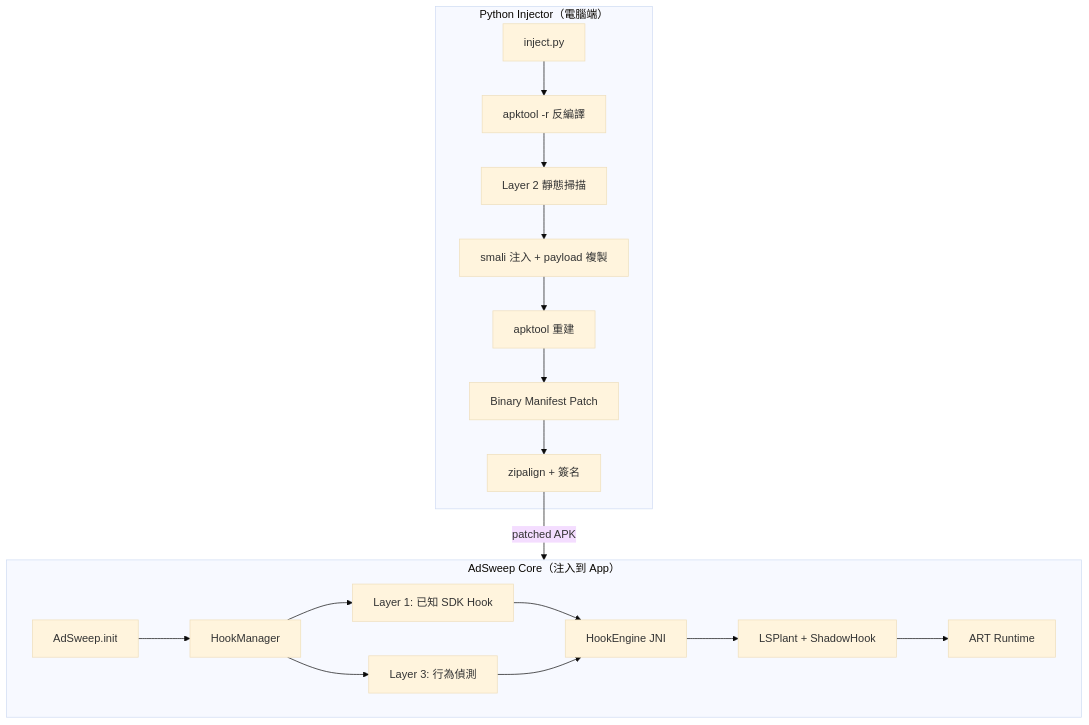
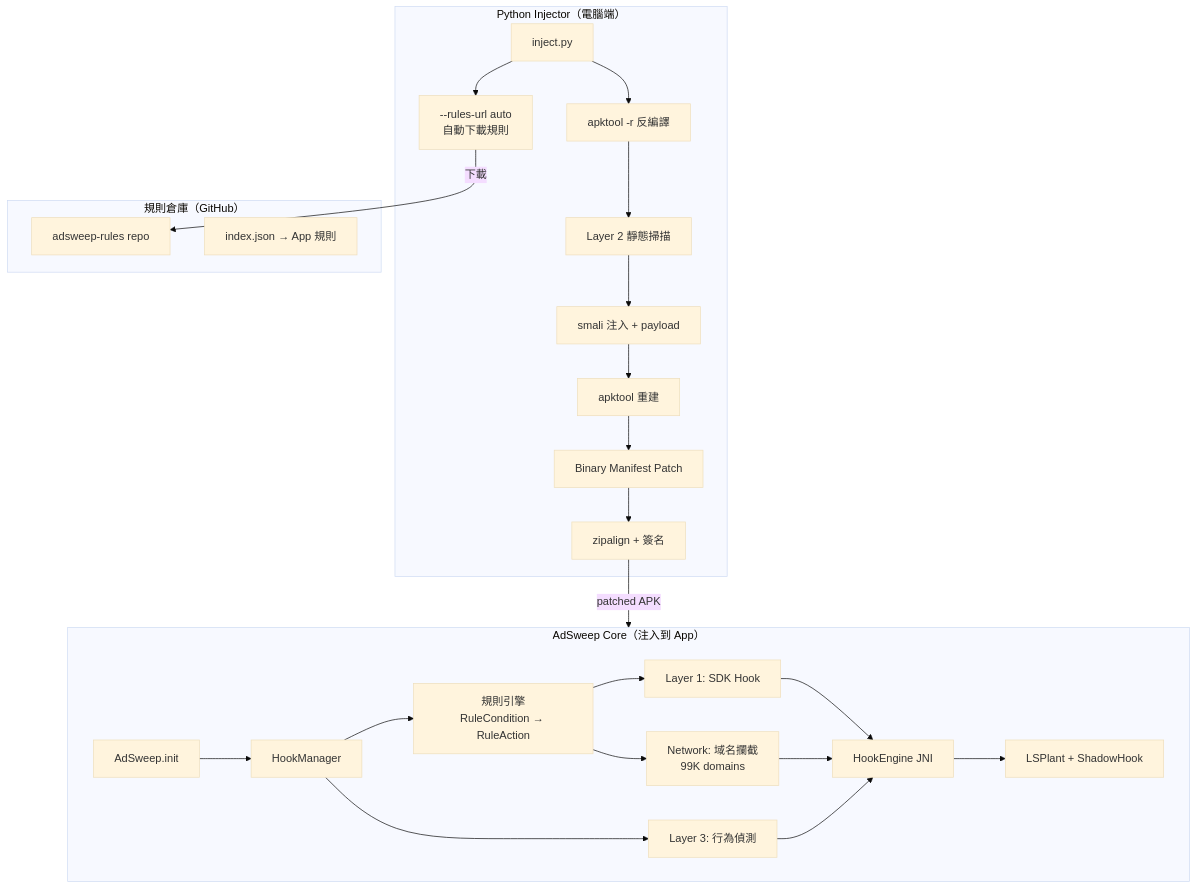
Before and after one commit to tzyyung/AdSweep: the second of 3 diagrams in README.md, drawn with Mermaid (base theme). The commit also changed other lines of this file and 5 other files, not shown here.

First line of the commit message:
Update all docs for rule engine, discover mode, and rules repo

````diff
--- a/README.md
+++ b/README.md
@@ -38,23 +58,32 @@
 ```mermaid
 graph TB
     subgraph Injector["Python Injector（電腦端）"]
-        A[inject.py] --> B[apktool -r 反編譯]
+        A[inject.py] --> A1["--rules-url auto<br>自動下載規則"]
+        A --> B[apktool -r 反編譯]
         B --> C[Layer 2 靜態掃描]
-        C --> D[smali 注入 + payload 複製]
+        C --> D[smali 注入 + payload]
         D --> E[apktool 重建]
         E --> F[Binary Manifest Patch]
         F --> G[zipalign + 簽名]
     end
 
     subgraph Core["AdSweep Core（注入到 App）"]
         H[AdSweep.init] --> I[HookManager]
-        I --> J[Layer 1: 已知 SDK Hook]
+        I --> I1["規則引擎<br>RuleCondition → RuleAction"]
+        I1 --> J[Layer 1: SDK Hook]
+        I1 --> J2["Network: 域名攔截<br>99K domains"]
         I --> K[Layer 3: 行為偵測]
         J --> L[HookEngine JNI]
+        J2 --> L
         K --> L
         L --> M[LSPlant + ShadowHook]
-        M --> N[ART Runtime]
     end
 
+    subgraph Rules["規則倉庫（GitHub）"]
+        R1[adsweep-rules repo]
+        R2[index.json → App 規則]
+    end
+
+    A1 -->|下載| R1
     G -->|patched APK| Core
 ```
````
